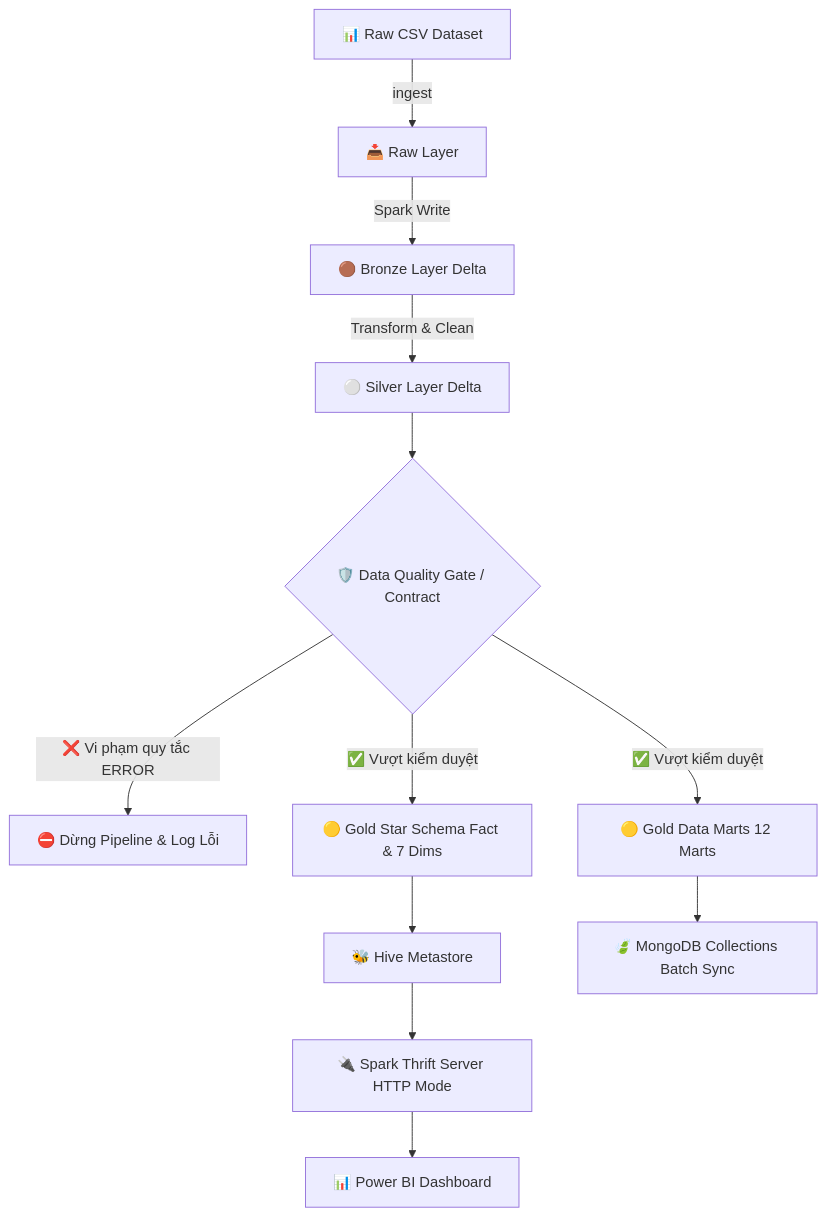
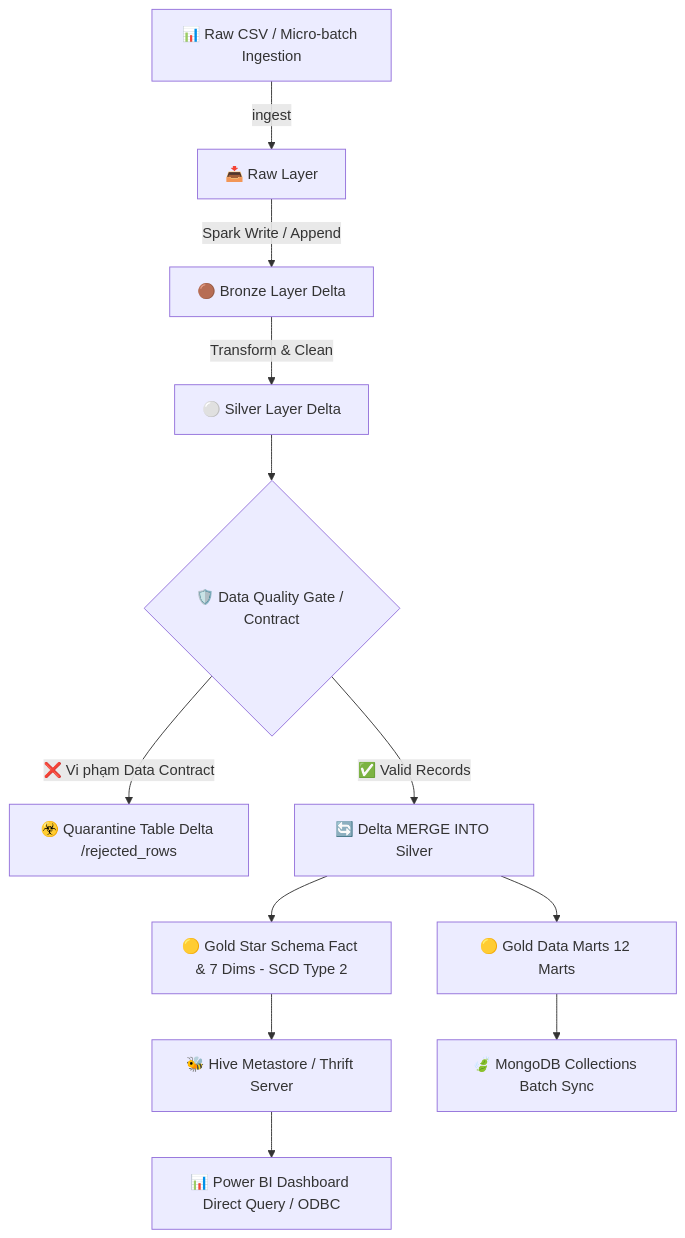
Before and after one commit to abyssync-lab/Ecommerce-Lakehouse-Analytics: the diagram in README.md, drawn with Mermaid. The commit also changed other lines of this file and 13 other files, not shown here.

````diff
--- a/README.md
+++ b/README.md
@@ -52,16 +13,18 @@
 ```mermaid
 flowchart TD
-    A[📊 Raw CSV Dataset] -->|ingest| B[📥 Raw Layer]
-    B -->|Spark Write| C[🟤 Bronze Layer Delta]
+    A[📊 Raw CSV / Micro-batch Ingestion] -->|ingest| B[📥 Raw Layer]
+    B -->|Spark Write / Append| C[🟤 Bronze Layer Delta]
     C -->|Transform & Clean| D[⚪ Silver Layer Delta]
     D --> Q{🛡️ Data Quality Gate / Contract}
-    Q -->|❌ Vi phạm quy tắc ERROR| X[⛔ Dừng Pipeline & Log Lỗi]
-    Q -->|✅ Vượt kiểm duyệt| E[🟡 Gold Star Schema Fact & 7 Dims]
-    Q -->|✅ Vượt kiểm duyệt| F[🟡 Gold Data Marts 12 Marts]
     
-    E --> H[🐝 Hive Metastore]
-    H --> T[🔌 Spark Thrift Server HTTP Mode]
-    T --> P[📊 Power BI Dashboard]
+    Q -->|❌ Vi phạm Data Contract| QUAR[☣️ Quarantine Table Delta /rejected_rows]
+    Q -->|✅ Valid Records| MERGE[🔄 Delta MERGE INTO Silver]
+    
+    MERGE --> E[🟡 Gold Star Schema Fact & 7 Dims - SCD Type 2]
+    MERGE --> F[🟡 Gold Data Marts 12 Marts]
+    
+    E --> H[🐝 Hive Metastore / Thrift Server]
+    H --> P[📊 Power BI Dashboard Direct Query / ODBC]
     
     F --> M[🍃 MongoDB Collections Batch Sync]
 ```
````
